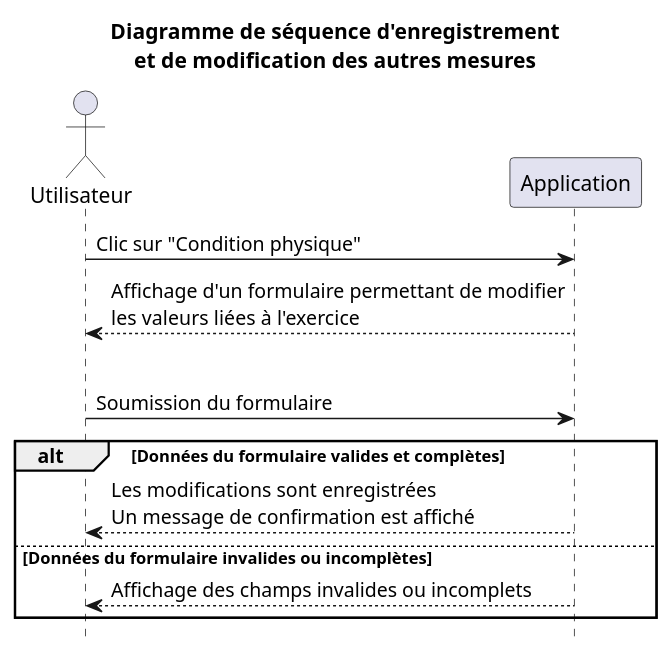
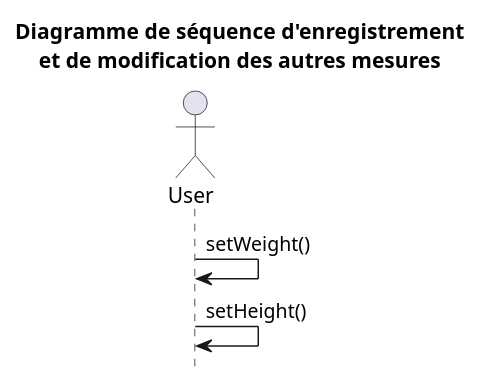
The diagram in diagrams/EnregistrementAutresMesures.puml (SharafGabel/GYMTONIK), drawn with PlantUML before and after one commit. The commit also changed 3 other files, not shown here.

Commit message:
Modification des diagrammes de séquence afin d'utiliser les classes et noms de méthodes.

```diff
--- a/diagrams/EnregistrementAutresMesures.puml
+++ b/diagrams/EnregistrementAutresMesures.puml
@@ -1,20 +1,10 @@
 @startuml
 hide footbox
-actor Utilisateur
+actor User
 
 title Diagramme de séquence d'enregistrement\net de modification des autres mesures
 
-Utilisateur -> Application: Clic sur "Condition physique"
-Utilisateur <-- Application: Affichage d'un formulaire permettant de modifier\nles valeurs liées à l'exercice
-|||
-Utilisateur -> Application: Soumission du formulaire
+User->User: setWeight()
+User->User: setHeight()
 
-alt Données du formulaire valides et complètes
-
-    Utilisateur <-- Application: Les modifications sont enregistrées\nUn message de confirmation est affiché
-
-else Données du formulaire invalides ou incomplètes
-
-    Utilisateur <-- Application: Affichage des champs invalides ou incomplets
-end
 @enduml
```
